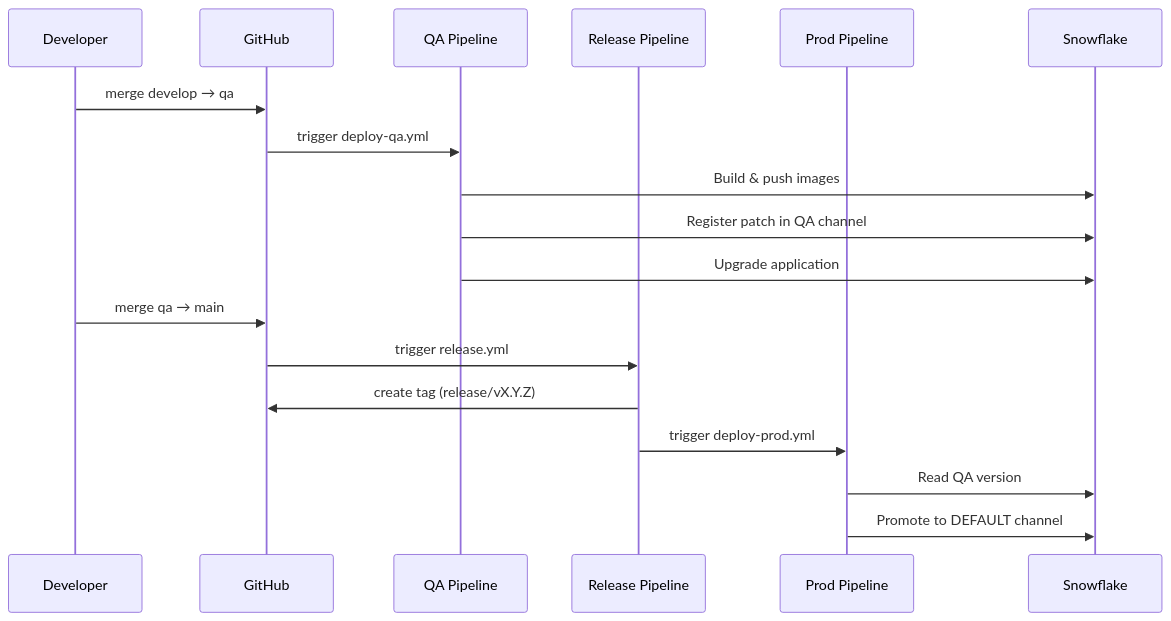
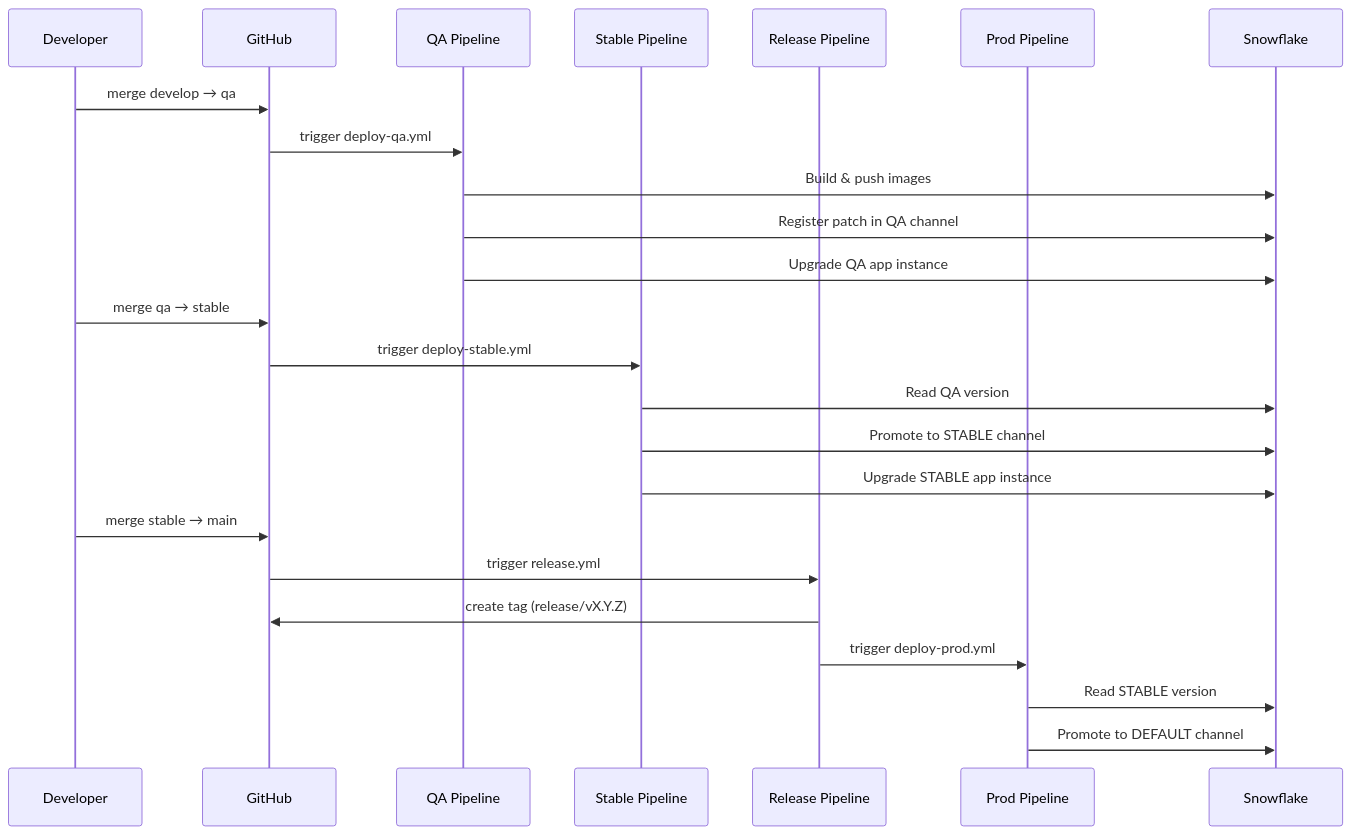
The second of 3 diagrams in docs/DEPLOYMENT.md (BLEND360/blendx-sfguide-mktplace), drawn with Mermaid before and after one commit. The commit also changed other lines of this file and 22 other files, not shown here.

````diff
--- a/docs/DEPLOYMENT.md
+++ b/docs/DEPLOYMENT.md
@@ -34,22 +41,29 @@
 ```mermaid
 sequenceDiagram
     participant Dev as Developer
     participant GH as GitHub
     participant QA as QA Pipeline
+    participant Stb as Stable Pipeline
     participant Rel as Release Pipeline
     participant Prod as Prod Pipeline
     participant SF as Snowflake
 
     Dev->>GH: merge develop → qa
     GH->>QA: trigger deploy-qa.yml
     QA->>SF: Build & push images
     QA->>SF: Register patch in QA channel
-    QA->>SF: Upgrade application
+    QA->>SF: Upgrade QA app instance
 
-    Dev->>GH: merge qa → main
+    Dev->>GH: merge qa → stable
+    GH->>Stb: trigger deploy-stable.yml
+    Stb->>SF: Read QA version
+    Stb->>SF: Promote to STABLE channel
+    Stb->>SF: Upgrade STABLE app instance
+
+    Dev->>GH: merge stable → main
     GH->>Rel: trigger release.yml
     Rel->>GH: create tag (release/vX.Y.Z)
     Rel->>Prod: trigger deploy-prod.yml
-    Prod->>SF: Read QA version
+    Prod->>SF: Read STABLE version
     Prod->>SF: Promote to DEFAULT channel
 ```
````
